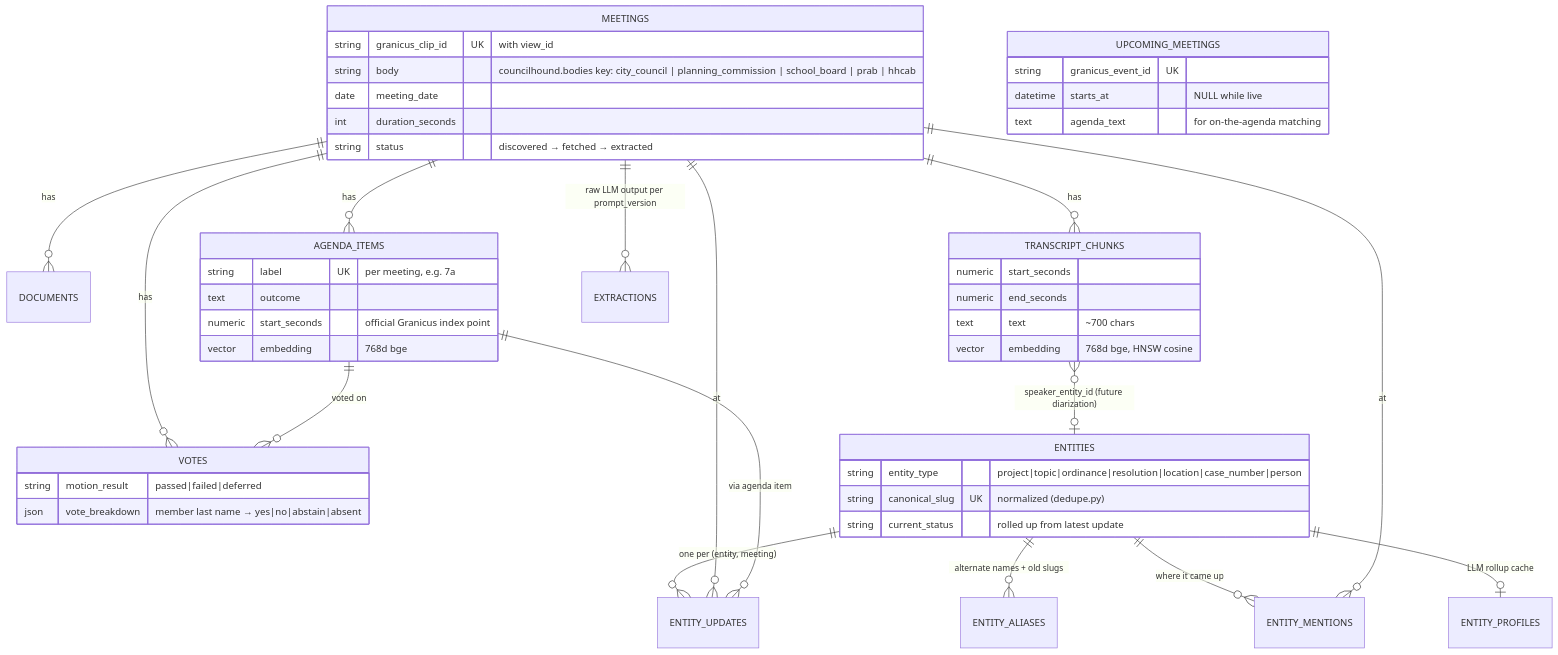
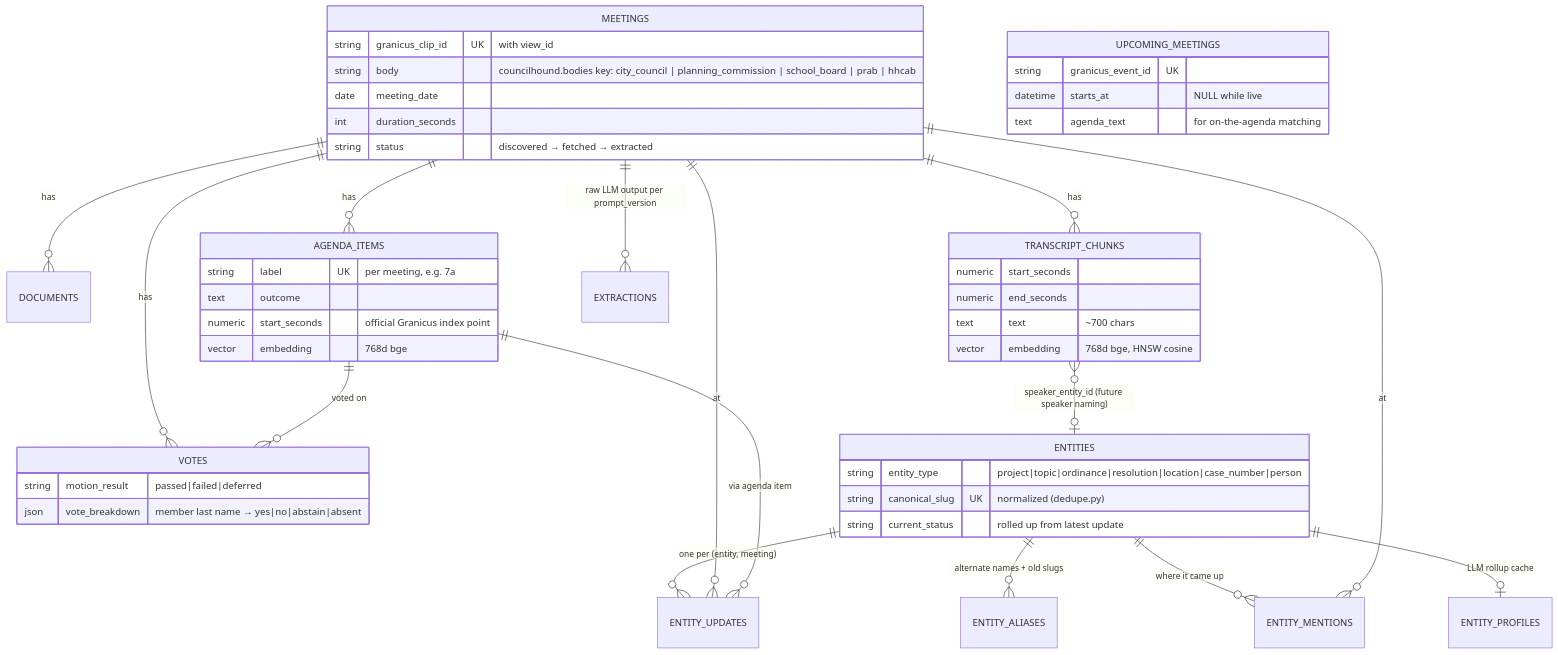
The third of 5 diagrams in docs/ARCHITECTURE.md (brown2hm/councilhound), drawn with Mermaid before and after one commit. The commit also changed other lines of this file and 7 other files, not shown here.

````diff
--- a/docs/ARCHITECTURE.md
+++ b/docs/ARCHITECTURE.md
@@ -105,51 +113,51 @@
 ```mermaid
 erDiagram
     MEETINGS ||--o{ DOCUMENTS : has
     MEETINGS ||--o{ AGENDA_ITEMS : has
     MEETINGS ||--o{ TRANSCRIPT_CHUNKS : has
     MEETINGS ||--o{ VOTES : has
     MEETINGS ||--o{ EXTRACTIONS : "raw LLM output per prompt_version"
     AGENDA_ITEMS ||--o{ VOTES : "voted on"
     ENTITIES ||--o{ ENTITY_ALIASES : "alternate names + old slugs"
     ENTITIES ||--o{ ENTITY_UPDATES : "one per (entity, meeting)"
     ENTITIES ||--o{ ENTITY_MENTIONS : "where it came up"
     ENTITIES ||--o| ENTITY_PROFILES : "LLM rollup cache"
     MEETINGS ||--o{ ENTITY_UPDATES : at
     MEETINGS ||--o{ ENTITY_MENTIONS : at
     AGENDA_ITEMS ||--o{ ENTITY_UPDATES : "via agenda item"
-    TRANSCRIPT_CHUNKS }o--o| ENTITIES : "speaker_entity_id (future diarization)"
+    TRANSCRIPT_CHUNKS }o--o| ENTITIES : "speaker_entity_id (future speaker naming)"
 
     MEETINGS {
         string granicus_clip_id UK "with view_id"
         string body "councilhound.bodies key: city_council | planning_commission | school_board | prab | hhcab"
         date meeting_date
         int duration_seconds
         string status "discovered → fetched → extracted"
     }
     AGENDA_ITEMS {
         string label UK "per meeting, e.g. 7a"
         text outcome
         numeric start_seconds "official Granicus index point"
         vector embedding "768d bge"
     }
     TRANSCRIPT_CHUNKS {
         numeric start_seconds
         numeric end_seconds
         text text "~700 chars"
         vector embedding "768d bge, HNSW cosine"
     }
     ENTITIES {
         string entity_type "project|topic|ordinance|resolution|location|case_number|person"
         string canonical_slug UK "normalized (dedupe.py)"
         string current_status "rolled up from latest update"
     }
     VOTES {
         string motion_result "passed|failed|deferred"
         json vote_breakdown "member last name → yes|no|abstain|absent"
     }
     UPCOMING_MEETINGS {
         string granicus_event_id UK
         datetime starts_at "NULL while live"
         text agenda_text "for on-the-agenda matching"
     }
 ```
````
